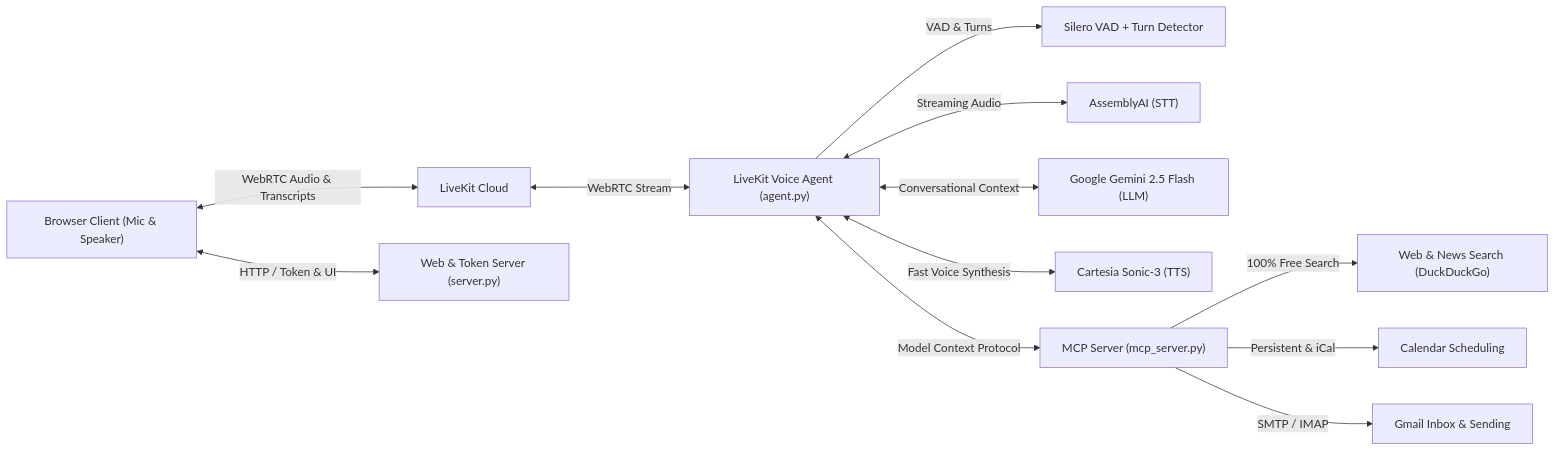
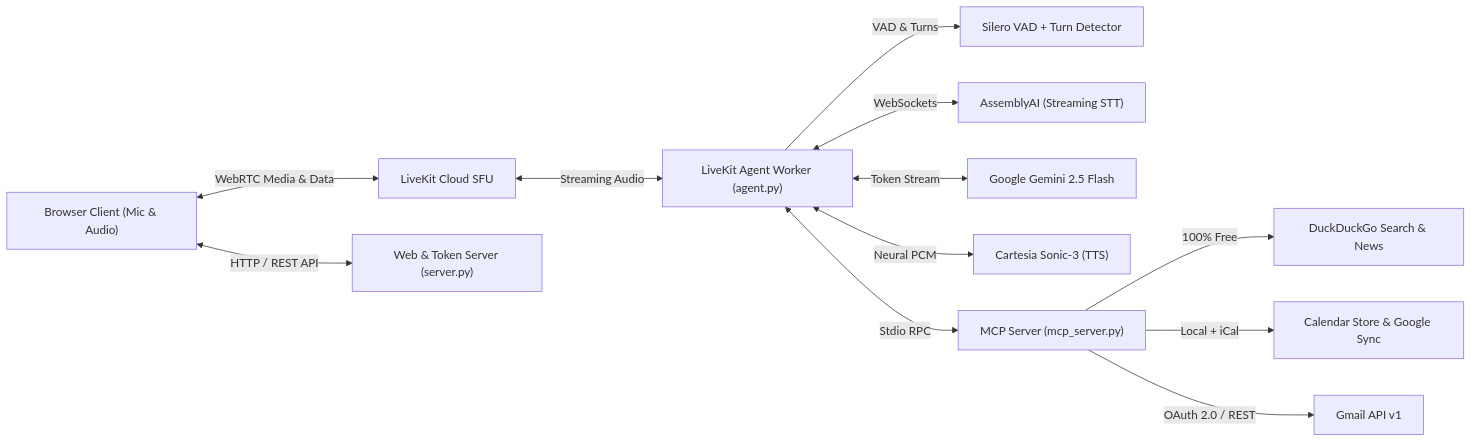
One commit to Sargam-max/VOICE_AGENT_-1 changed the diagram in README.md. Above: the diagram before and after it, drawn with Mermaid. The commit also changed other lines of this file and 14 other files, not shown here.

````diff
--- a/README.md
+++ b/README.md
@@ -18,14 +38,14 @@
 ```mermaid
 flowchart LR
-    User["Browser Client (Mic & Speaker)"] <-->|"WebRTC Audio & Transcripts"| LK["LiveKit Cloud"]
-    LK <-->|"WebRTC Stream"| Agent["LiveKit Voice Agent (agent.py)"]
+    User["Browser Client (Mic & Audio)"] <-->|"WebRTC Media & Data"| LK["LiveKit Cloud SFU"]
+    LK <-->|"Streaming Audio"| Agent["LiveKit Agent Worker (agent.py)"]
     Agent -->|"VAD & Turns"| Silero["Silero VAD + Turn Detector"]
-    Agent <-->|"Streaming Audio"| AAI["AssemblyAI (STT)"]
-    Agent <-->|"Conversational Context"| Gemini["Google Gemini 2.5 Flash (LLM)"]
-    Agent <-->|"Fast Voice Synthesis"| Cartesia["Cartesia Sonic-3 (TTS)"]
-    Agent <-->|"Model Context Protocol"| MCP["MCP Server (mcp_server.py)"]
-    MCP -->|"100% Free Search"| WebSearch["Web & News Search (DuckDuckGo)"]
-    MCP -->|"Persistent & iCal"| Calendar["Calendar Scheduling"]
-    MCP -->|"SMTP / IMAP"| Gmail["Gmail Inbox & Sending"]
-    User <-->|"HTTP / Token & UI"| Server["Web & Token Server (server.py)"]
+    Agent <-->|"WebSockets"| AAI["AssemblyAI (Streaming STT)"]
+    Agent <-->|"Token Stream"| Gemini["Google Gemini 2.5 Flash"]
+    Agent <-->|"Neural PCM"| Cartesia["Cartesia Sonic-3 (TTS)"]
+    Agent <-->|"Stdio RPC"| MCP["MCP Server (mcp_server.py)"]
+    MCP -->|"100% Free"| WebSearch["DuckDuckGo Search & News"]
+    MCP -->|"Local + iCal"| Calendar["Calendar Store & Google Sync"]
+    MCP -->|"OAuth 2.0 / REST"| Gmail["Gmail API v1"]
+    User <-->|"HTTP / REST API"| Server["Web & Token Server (server.py)"]
 ```
````
